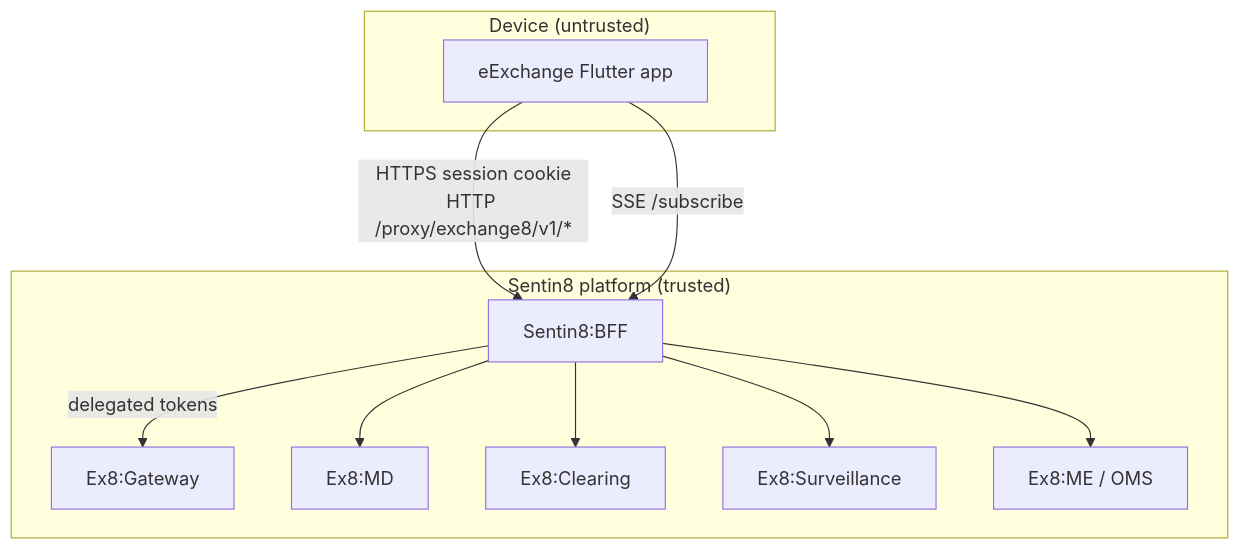
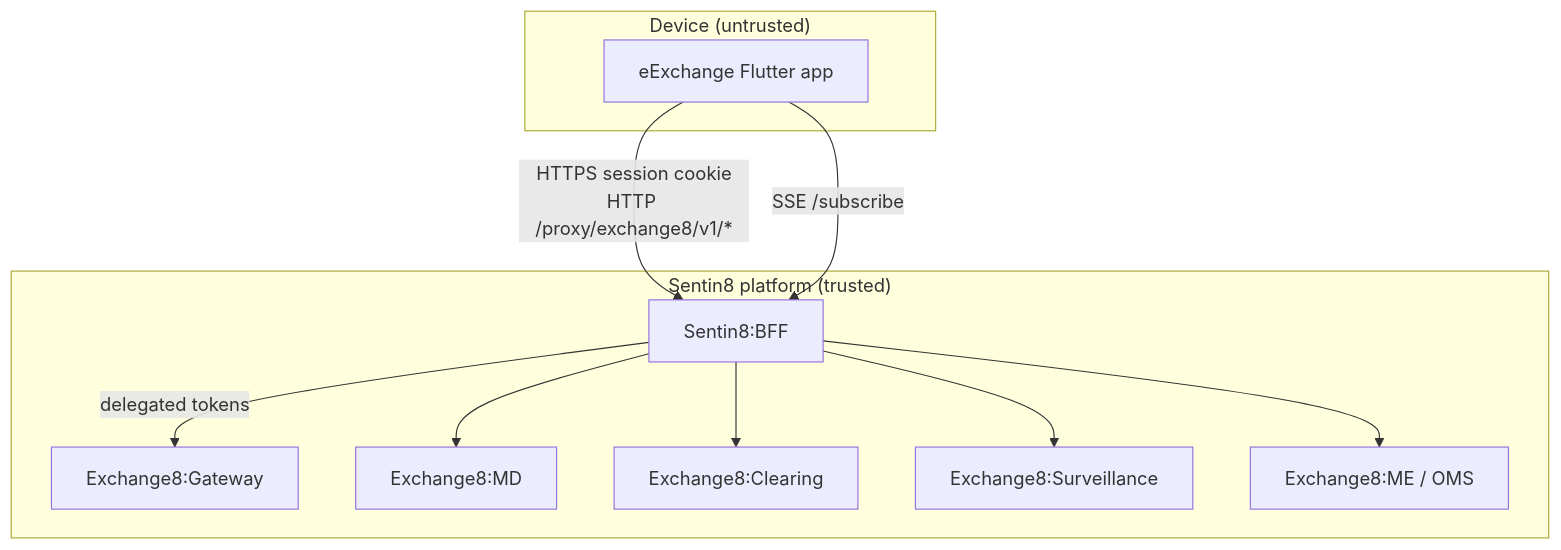
Before and after one commit to Exchange8-dev/exchange8-eexchange: the first of 11 diagrams in DESIGN.md, drawn with Mermaid. The commit also changed other lines of this file and 1 other file, not shown here.

Commit message:
Naming: Ex8 abbreviation replaced with Exchange8 across docs and doc comments — the full brand name only, never abbreviated (owner decision 2026-10-15)

````diff
--- a/DESIGN.md
+++ b/DESIGN.md
@@ -36,15 +36,15 @@
 ```mermaid
 graph TD
     subgraph trust["Device (untrusted)"]
         APP["eExchange Flutter app"]
     end
     APP -- "HTTPS session cookie<br/>HTTP /proxy/exchange8/v1/*" --> BFF["Sentin8:BFF"]
     APP -- "SSE /subscribe" --> BFF
     subgraph platform["Sentin8 platform (trusted)"]
-        BFF -- "delegated tokens" --> GW["Ex8:Gateway"]
-        BFF --> MD["Ex8:MD"]
-        BFF --> CL["Ex8:Clearing"]
-        BFF --> SV["Ex8:Surveillance"]
-        BFF --> MB["Ex8:ME / OMS"]
+        BFF -- "delegated tokens" --> GW["Exchange8:Gateway"]
+        BFF --> MD["Exchange8:MD"]
+        BFF --> CL["Exchange8:Clearing"]
+        BFF --> SV["Exchange8:Surveillance"]
+        BFF --> MB["Exchange8:ME / OMS"]
     end
 ```
````
